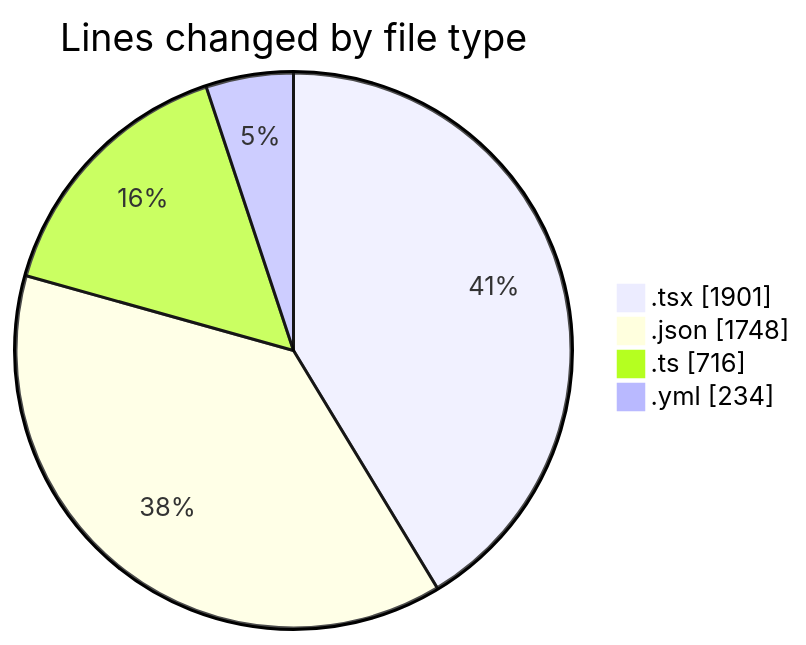
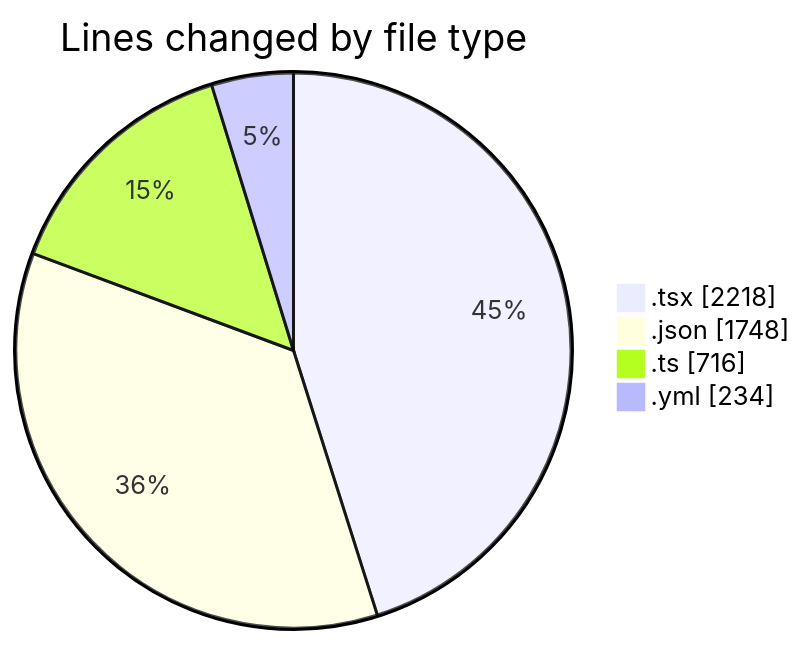
The first of 2 diagrams in 2025-10-30/eventscop-frontend-guide__workspace_/README.md (julien-gomy/code-tracking), drawn with Mermaid before and after one commit. The commit also changed other lines of this file and 1 other file, not shown here.

````diff
--- a/2025-10-30/eventscop-frontend-guide__workspace_/README.md
+++ b/2025-10-30/eventscop-frontend-guide__workspace_/README.md
@@ -41,8 +42,8 @@
 ```mermaid
 pie showData
 title Lines changed by file type
-".tsx" : 1901
+".tsx" : 2218
 ".json" : 1748
 ".ts" : 716
 ".yml" : 234
 ```
````
